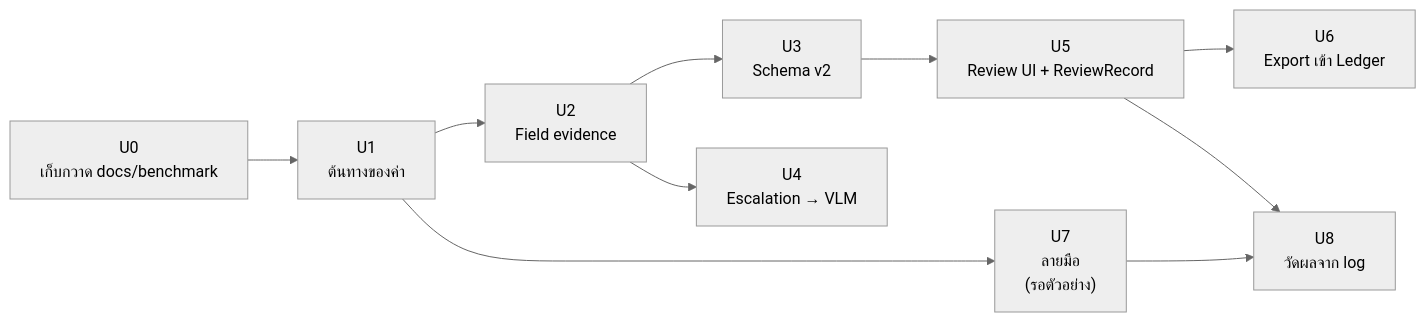
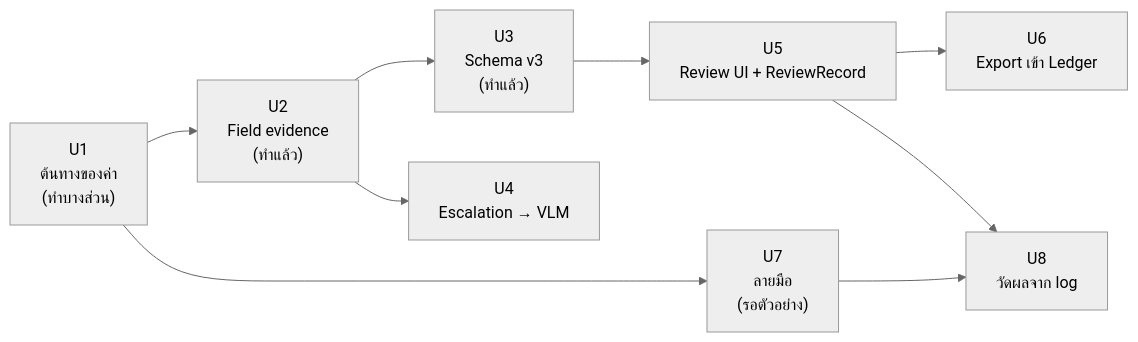
Before and after one commit to Pikcolo/fin-extractor: the third of 3 diagrams in docs/08-solution-and-roadmap.md, drawn with Mermaid (neutral theme). The commit also changed other lines of this file and 44 other files, not shown here.

````diff
--- a/docs/08-solution-and-roadmap.md
+++ b/docs/08-solution-and-roadmap.md
@@ -450,12 +406,11 @@
 ```mermaid
 flowchart LR
-    U0["U0<br/>เก็บกวาด docs/benchmark"] --> U1
-    U1["U1<br/>ต้นทางของค่า"] --> U2["U2<br/>Field evidence"]
-    U2 --> U3["U3<br/>Schema v2"]
+    U1["U1<br/>ต้นทางของค่า<br/>(ทำบางส่วน)"] --> U2["U2<br/>Field evidence<br/>(ทำแล้ว)"]
+    U2 --> U3["U3<br/>Schema v3<br/>(ทำแล้ว)"]
     U3 --> U5["U5<br/>Review UI + ReviewRecord"]
     U2 --> U4["U4<br/>Escalation → VLM"]
     U5 --> U6["U6<br/>Export เข้า Ledger"]
     U5 --> U8["U8<br/>วัดผลจาก log"]
     U1 --> U7["U7<br/>ลายมือ<br/>(รอตัวอย่าง)"]
     U7 --> U8
 ```
````
